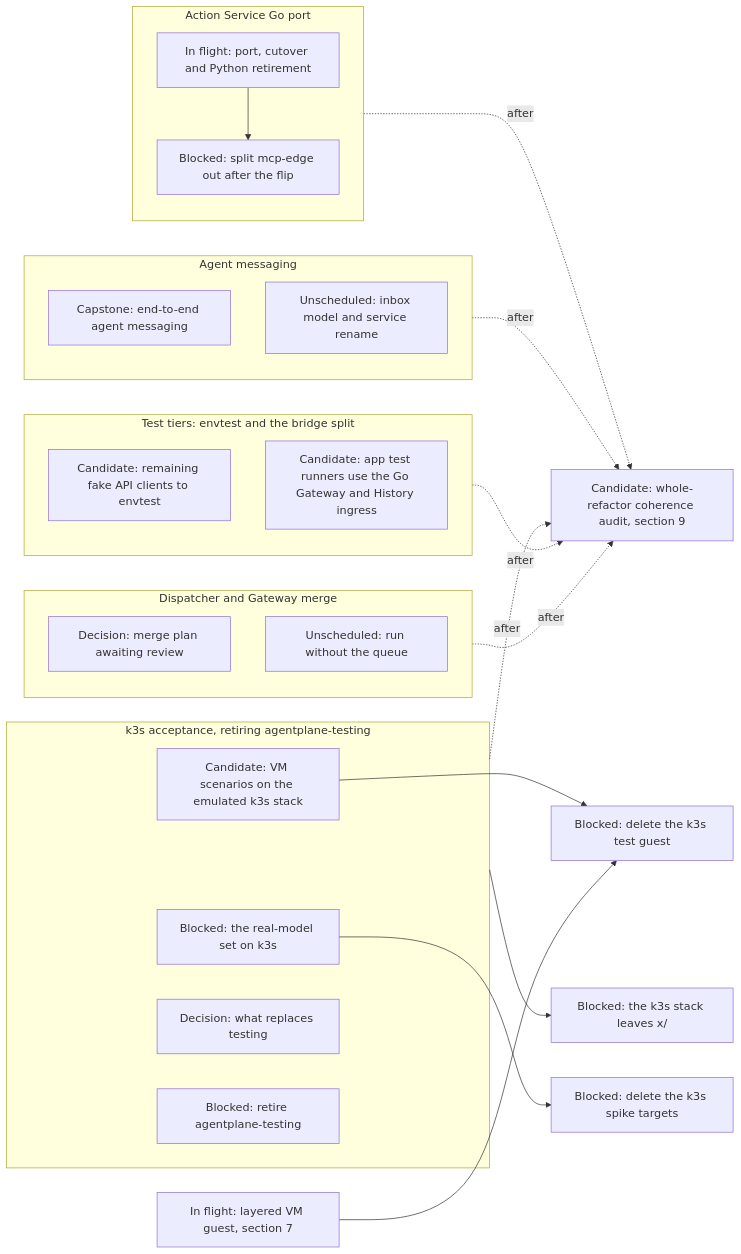
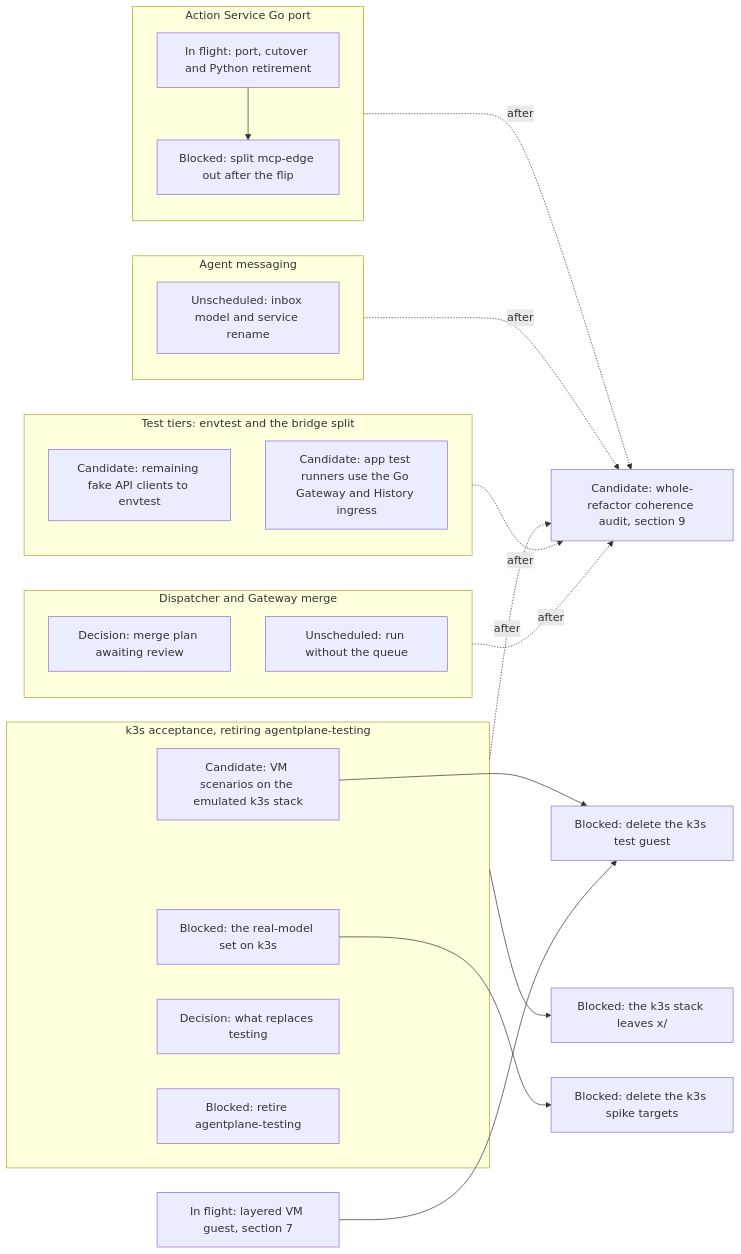
The first of 19 diagrams in agentplane/plans/task_dag.md (agentydragon-agent/ducktape), drawn with Mermaid before and after one commit. The commit also changed other lines of this file and 9 other files, not shown here.

````diff
--- a/agentplane/plans/task_dag.md
+++ b/agentplane/plans/task_dag.md
@@ -29,35 +29,34 @@
 ```mermaid
 flowchart LR
     subgraph ACTION_TRACK[Action Service Go port]
         ACTION_SERVICE_GO_PORT[In flight: port, cutover and Python retirement]
         ACTION_MCP_EDGE_SPLIT[Blocked: split mcp-edge out after the flip]
     end
     subgraph MESSAGING_TRACK[Agent messaging]
-        AGENT_MESSAGING[Capstone: end-to-end agent messaging]
         NOTIFICATION_SERVICE_SPLIT[Unscheduled: inbox model and service rename]
     end
     subgraph K3S_TRACK[k3s acceptance, retiring agentplane-testing]
         K3S_VM_ACCEPTANCE[Candidate: VM scenarios on the emulated k3s stack]
         K3S_MODEL_SCENARIOS[Blocked: the real-model set on k3s]
         TESTING_ROLLOUT_ROLE[Decision: what replaces testing]
         TESTING_ENVIRONMENT_RETIRE[Blocked: retire agentplane-testing]
     end
     subgraph TIER_TRACK[Test tiers: envtest and the bridge split]
         FAKE_CLIENTS_TO_ENVTEST[Candidate: remaining fake API clients to envtest]
         APP_TEST_RUNNER_FIXTURES_GO[Candidate: app test runners use the Go Gateway and History ingress]
     end
     subgraph DISPATCH_TRACK[Dispatcher and Gateway merge]
         DISPATCHER_PERSISTENCE_MODEL_DESIGN[Decision: merge plan awaiting review]
         DISPATCHER_QUEUE_OPTIONAL[Unscheduled: run without the queue]
     end
     ACTION_SERVICE_GO_PORT --> ACTION_MCP_EDGE_SPLIT
     K3S_TRACK --> K3S_ENV_OUT_OF_X[Blocked: the k3s stack leaves x/]
     K3S_MODEL_SCENARIOS --> K3S_SPIKE_TARGETS_RETIRE[Blocked: delete the k3s spike targets]
     K3S_VM_ACCEPTANCE --> K3S_TEST_GUEST_RETIRE[Blocked: delete the k3s test guest]
     RUNNER_LAYERING_VM[In flight: layered VM guest, section 7] --> K3S_TEST_GUEST_RETIRE
     ACTION_TRACK -. after .-> REFACTOR_COHERENCE_AUDIT[Candidate: whole-refactor coherence audit, section 9]
     MESSAGING_TRACK -. after .-> REFACTOR_COHERENCE_AUDIT
     K3S_TRACK -. after .-> REFACTOR_COHERENCE_AUDIT
     TIER_TRACK -. after .-> REFACTOR_COHERENCE_AUDIT
     DISPATCH_TRACK -. after .-> REFACTOR_COHERENCE_AUDIT
 ```
````
